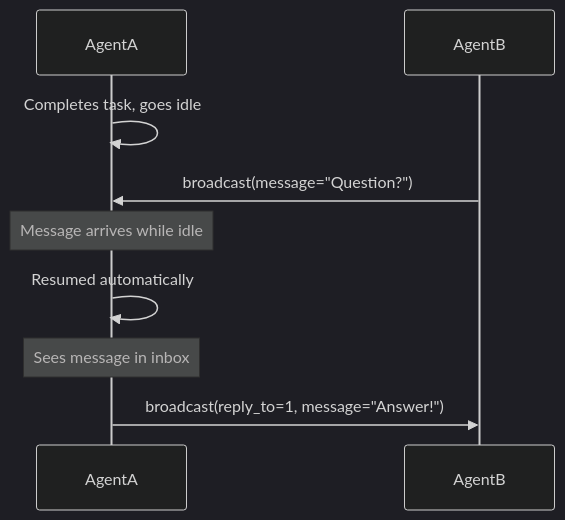
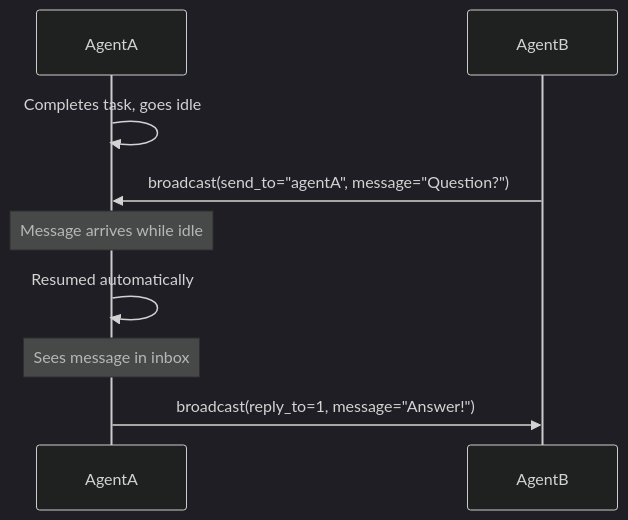
One commit to spoons-and-mirrors/iam changed the third of 3 diagrams in README.md. Above: the diagram before and after it, drawn with Mermaid (dark theme). The commit also changed other lines of this file, not shown here.

````diff
--- a/README.md
+++ b/README.md
@@ -133,15 +133,15 @@
 ```mermaid
 sequenceDiagram
     participant A as AgentA
     participant B as AgentB
 
     A->>A: Completes task, goes idle
 
-    B->>A: broadcast(message="Question?")
+    B->>A: broadcast(send_to="agentA", message="Question?")
     Note over A: Message arrives while idle
 
     A->>A: Resumed automatically
     Note over A: Sees message in inbox
 
     A->>B: broadcast(reply_to=1, message="Answer!")
 ```
````
